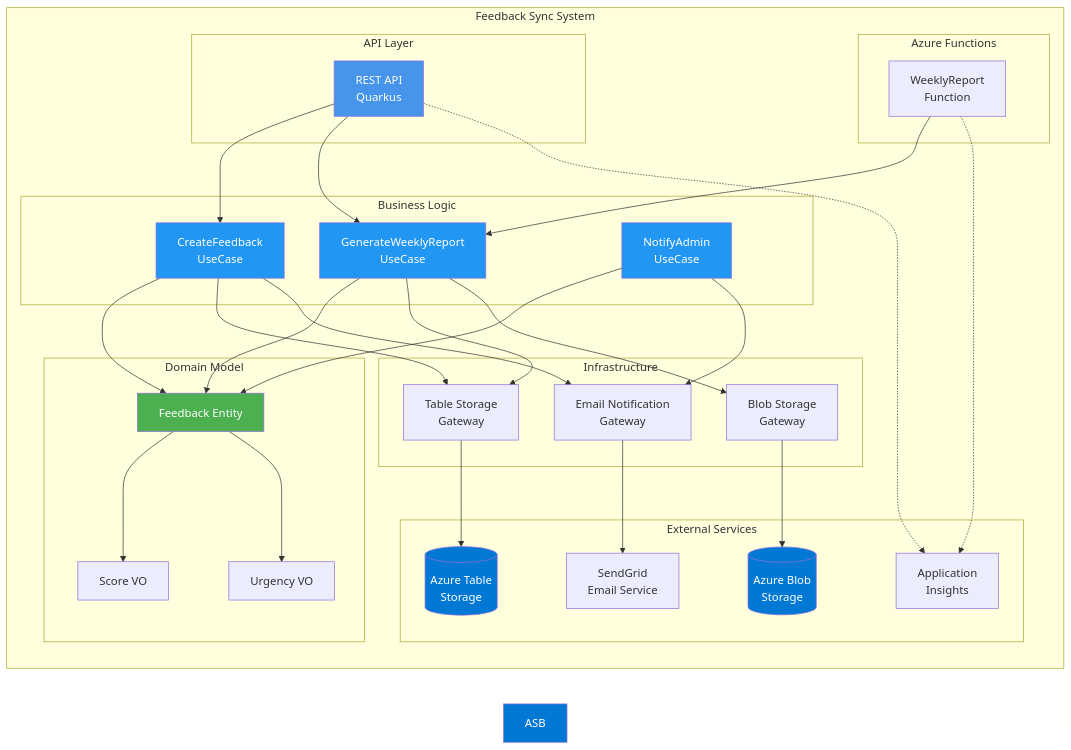
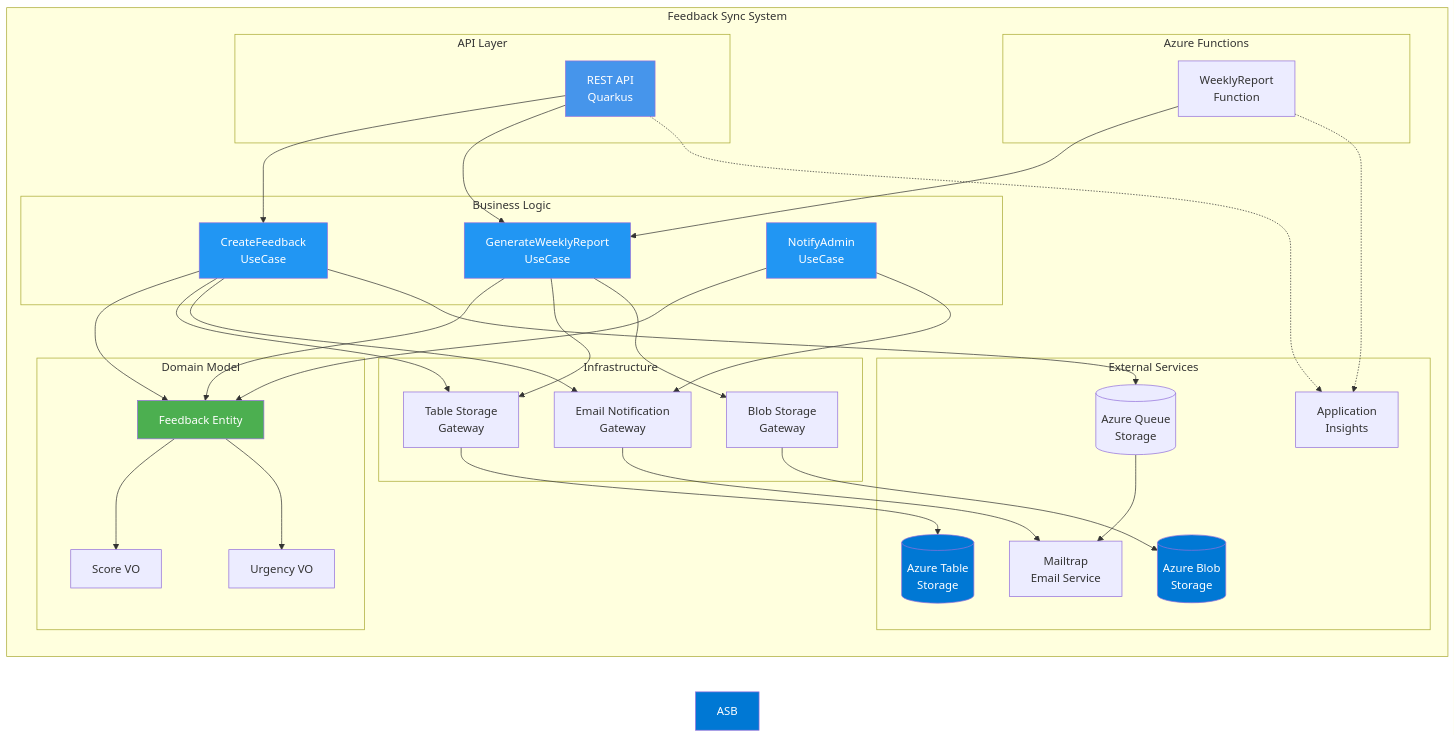
The sixth of 9 diagrams in README.md (luizffdemoraes/feedback-sync), drawn with Mermaid before and after one commit. The commit also changed other lines of this file and 3 other files, not shown here.

````diff
--- a/README.md
+++ b/README.md
@@ -492,65 +504,68 @@
 ```mermaid
 graph LR
     subgraph "Feedback Sync System"
         subgraph "API Layer"
             REST[REST API<br/>Quarkus]
         end
         
         subgraph "Business Logic"
             UC1[CreateFeedback<br/>UseCase]
             UC2[GenerateWeeklyReport<br/>UseCase]
             UC3[NotifyAdmin<br/>UseCase]
         end
         
         subgraph "Domain Model"
             FB[Feedback Entity]
             SC[Score VO]
             UR[Urgency VO]
         end
         
         subgraph "Infrastructure"
             TS[Table Storage<br/>Gateway]
             NG[Email Notification<br/>Gateway]
             BS[Blob Storage<br/>Gateway]
         end
         
         subgraph "Azure Functions"
             WF[WeeklyReport<br/>Function]
         end
         
         subgraph "External Services"
             AST[(Azure Table<br/>Storage)]
-            SG[SendGrid<br/>Email Service]
+            MT[Mailtrap<br/>Email Service]
+            QS[(Azure Queue<br/>Storage)]
             ABS[(Azure Blob<br/>Storage)]
             AI[Application<br/>Insights]
         end
     end
 
     REST --> UC1
     REST --> UC2
     UC1 --> FB
     UC2 --> FB
     UC3 --> FB
     FB --> SC
     FB --> UR
     UC1 --> TS
     UC1 --> NG
+    UC1 --> QS
     UC2 --> TS
     UC2 --> BS
     UC3 --> NG
     TS --> AST
-    NG --> SG
+    NG --> MT
+    QS --> MT
     BS --> ABS
     WF --> UC2
     REST -.-> AI
     WF -.-> AI
 
     style REST fill:#4695EB,color:#fff
     style UC1 fill:#2196F3,color:#fff
     style UC2 fill:#2196F3,color:#fff
     style UC3 fill:#2196F3,color:#fff
     style FB fill:#4CAF50,color:#fff
     style AST fill:#0078D4,color:#fff
     style ASB fill:#0078D4,color:#fff
     style ABS fill:#0078D4,color:#fff
 ```
````
